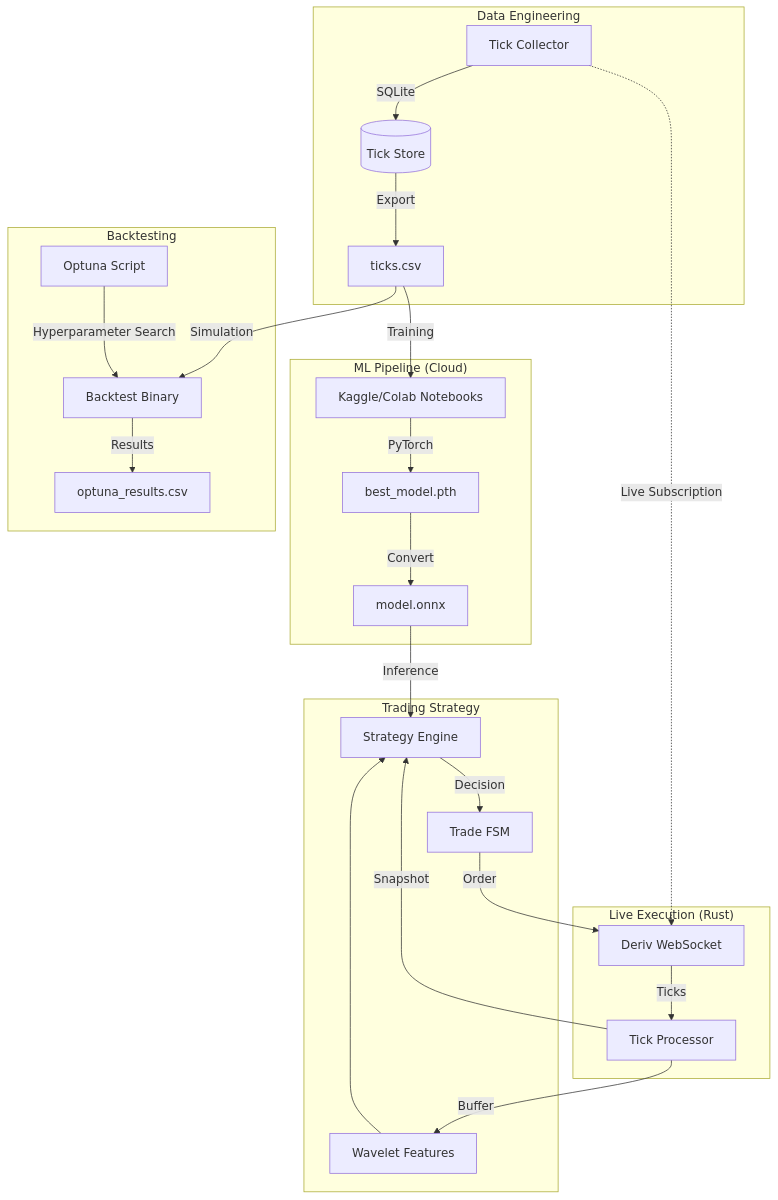
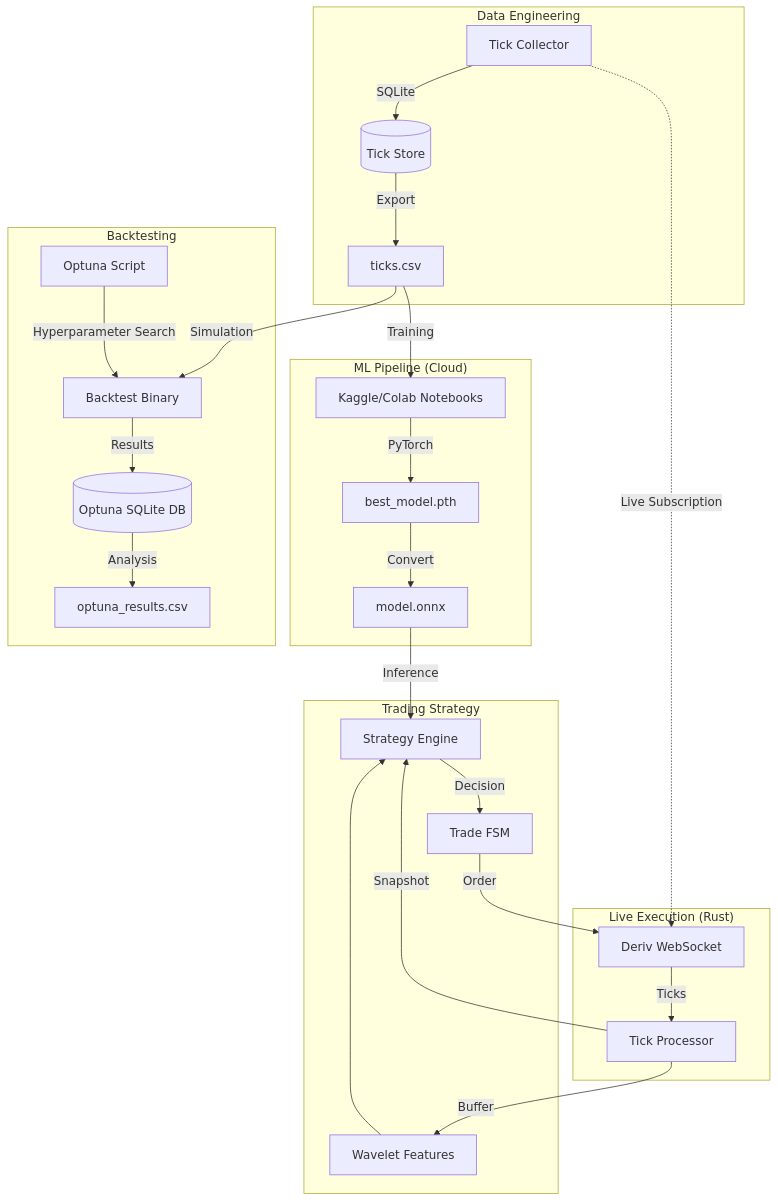
The diagram in docs/project_structure.md (planetazul3/hope), drawn with Mermaid before and after one commit. The commit also changed other lines of this file, not shown here.

````diff
--- a/docs/project_structure.md
+++ b/docs/project_structure.md
@@ -40,34 +42,35 @@
 ```mermaid
 graph TD
     subgraph "Data Engineering"
         DC[Tick Collector] --> |SQLite| DB[(Tick Store)]
         DB --> |Export| CSV[ticks.csv]
     end
 
     subgraph "ML Pipeline (Cloud)"
         CSV --> |Training| NB[Kaggle/Colab Notebooks]
         NB --> |PyTorch| PTH[best_model.pth]
         PTH --> |Convert| ONNX[model.onnx]
     end
 
     subgraph "Trading Strategy"
         ONNX --> |Inference| SE[Strategy Engine]
         WV[Wavelet Features] --> SE
         SE --> |Decision| FSM[Trade FSM]
     end
 
     subgraph "Live Execution (Rust)"
         WS[Deriv WebSocket] --> |Ticks| TP[Tick Processor]
         TP --> |Buffer| WV
         TP --> |Snapshot| SE
         FSM --> |Order| WS
     end
 
     subgraph "Backtesting"
         CSV --> |Simulation| BT[Backtest Binary]
         OPT[Optuna Script] --> |Hyperparameter Search| BT
-        BT --> |Results| CSV_RES[optuna_results.csv]
+        BT --> |Results| OPT_STORE[(Optuna SQLite DB)]
+        OPT_STORE --> |Analysis| CSV_RES[optuna_results.csv]
     end
 
     DC -.-> |Live Subscription| WS
 ```
````
